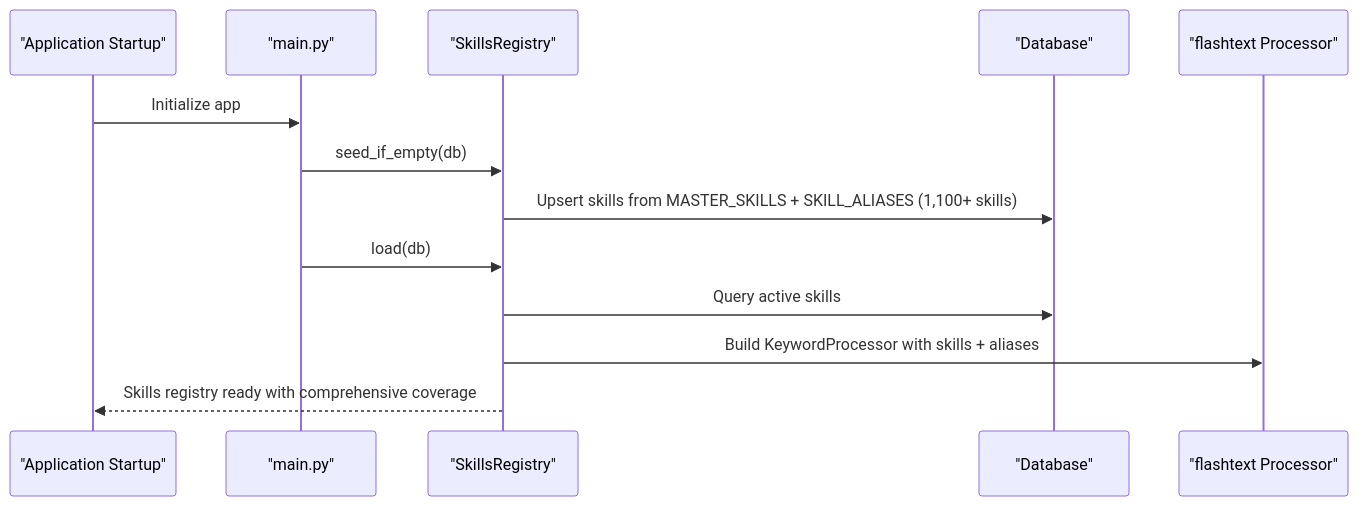
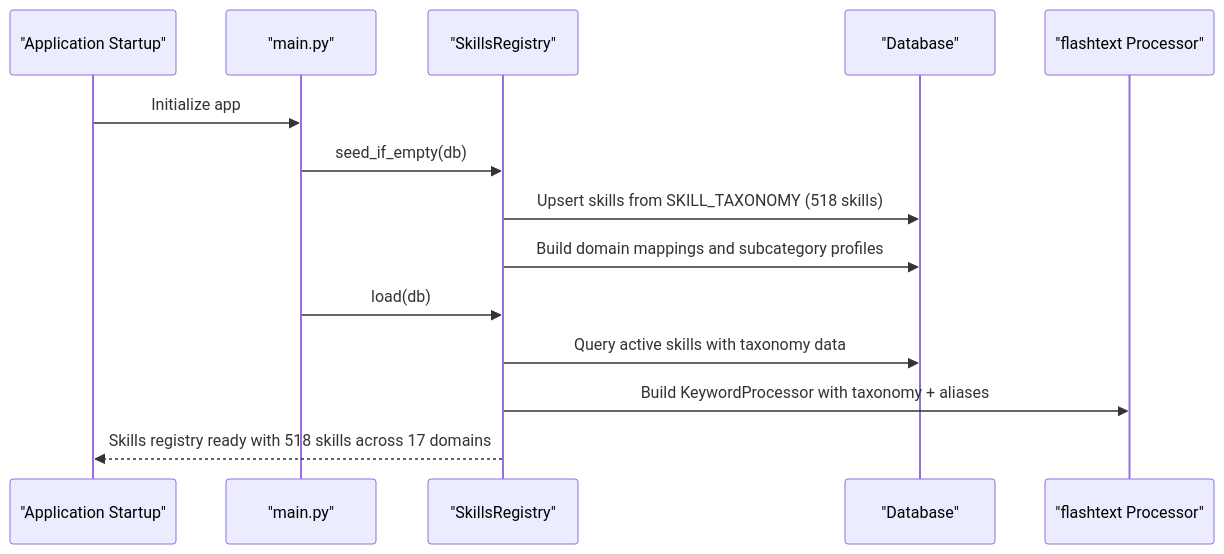
The second of 6 diagrams in .qoder/repowiki/en/content/Advanced Topics/Skills Registry Extension.md (Revanththetalogics/aireume), drawn with Mermaid before and after one commit. The commit also changed other lines of this file and 11 other files, not shown here.

````diff
--- a/.qoder/repowiki/en/content/Advanced Topics/Skills Registry Extension.md
+++ b/.qoder/repowiki/en/content/Advanced Topics/Skills Registry Extension.md
@@ -107,15 +116,16 @@
 ```mermaid
 sequenceDiagram
 participant APP as "Application Startup"
 participant MAIN as "main.py"
 participant SR as "SkillsRegistry"
 participant DB as "Database"
 participant REG as "flashtext Processor"
 APP->>MAIN : Initialize app
 MAIN->>SR : seed_if_empty(db)
-SR->>DB : Upsert skills from MASTER_SKILLS + SKILL_ALIASES (1,100+ skills)
+SR->>DB : Upsert skills from SKILL_TAXONOMY (518 skills)
+SR->>DB : Build domain mappings and subcategory profiles
 MAIN->>SR : load(db)
-SR->>DB : Query active skills
-SR->>REG : Build KeywordProcessor with skills + aliases
-SR-->>APP : Skills registry ready with comprehensive coverage
+SR->>DB : Query active skills with taxonomy data
+SR->>REG : Build KeywordProcessor with taxonomy + aliases
+SR-->>APP : Skills registry ready with 518 skills across 17 domains
 ```
````
